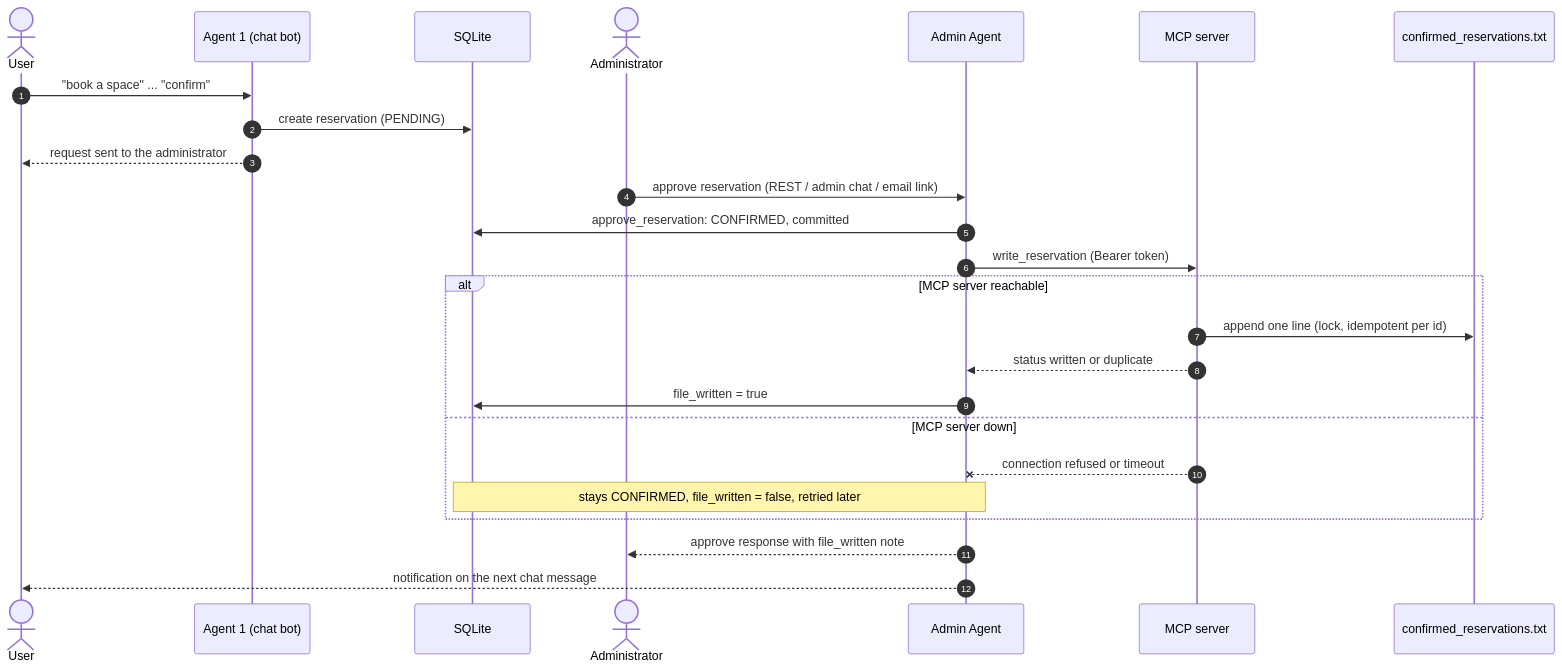
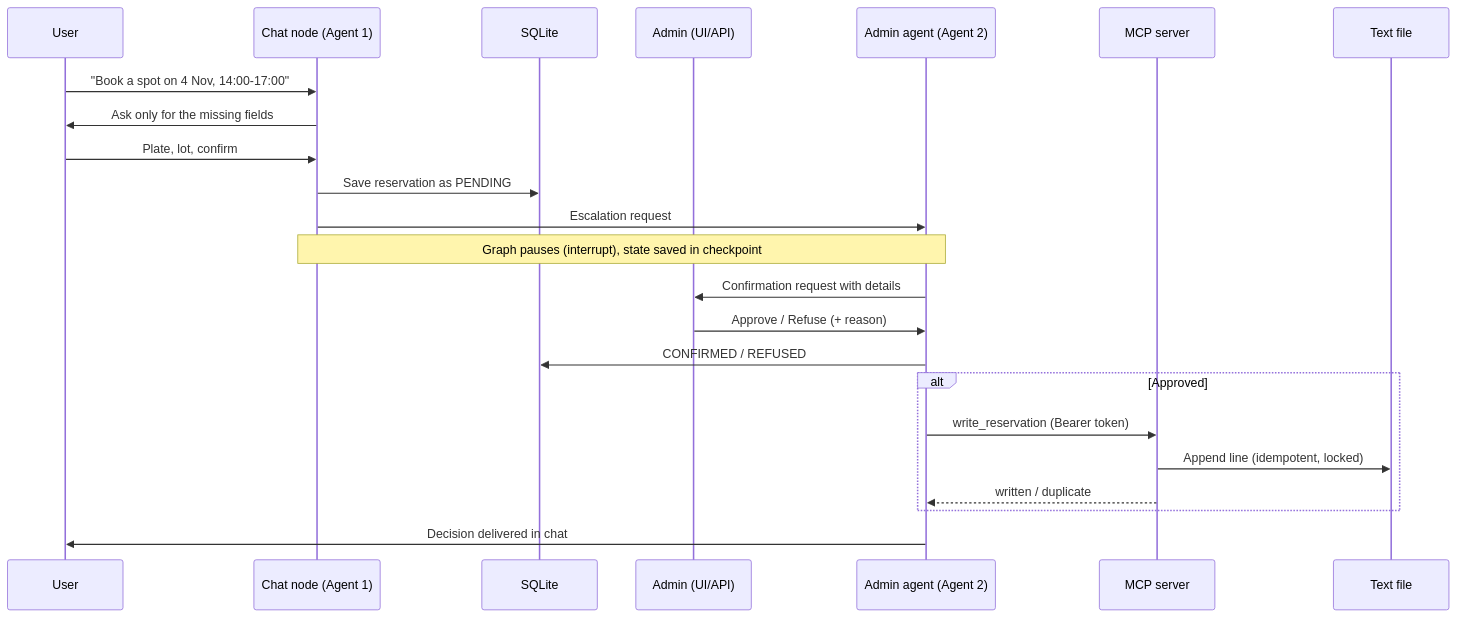
The second of 3 diagrams in README.md (jayaepamprsnl-design/Rag_Reservation_chatbot), drawn with Mermaid before and after one commit. The commit also changed other lines of this file and 13 other files, not shown here.

Commit message:
feat(stage4): orchestrate chat, admin approval and MCP recording with LangGraph

````diff
--- a/README.md
+++ b/README.md
@@ -106,28 +81,26 @@
 ```mermaid
 sequenceDiagram
-    autonumber
-    actor U as User
-    participant A1 as Agent 1 (chat bot)
+    participant User
+    participant Chat as Chat node (Agent 1)
     participant DB as SQLite
-    actor Adm as Administrator
-    participant A2 as Admin Agent
+    participant Admin as Admin (UI/API)
+    participant Agent2 as Admin agent (Agent 2)
     participant MCP as MCP server
-    participant F as confirmed_reservations.txt
+    participant File as Text file
 
-    U->>A1: "book a space" ... "confirm"
-    A1->>DB: create reservation (PENDING)
-    A1-->>U: request sent to the administrator
-    Adm->>A2: approve reservation (REST / admin chat / email link)
-    A2->>DB: approve_reservation: CONFIRMED, committed
-    A2->>MCP: write_reservation (Bearer token)
-    alt MCP server reachable
-        MCP->>F: append one line (lock, idempotent per id)
-        MCP-->>A2: status written or duplicate
-        A2->>DB: file_written = true
-    else MCP server down
-        MCP--xA2: connection refused or timeout
-        Note over A2,DB: stays CONFIRMED, file_written = false, retried later
+    User->>Chat: "Book a spot on 4 Nov, 14:00-17:00"
+    Chat->>User: Ask only for the missing fields
+    User->>Chat: Plate, lot, confirm
+    Chat->>DB: Save reservation as PENDING
+    Chat->>Agent2: Escalation request
+    Note over Chat,Agent2: Graph pauses (interrupt), state saved in checkpoint
+    Agent2->>Admin: Confirmation request with details
+    Admin->>Agent2: Approve / Refuse (+ reason)
+    Agent2->>DB: CONFIRMED / REFUSED
+    alt Approved
+        Agent2->>MCP: write_reservation (Bearer token)
+        MCP->>File: Append line (idempotent, locked)
+        MCP-->>Agent2: written / duplicate
     end
-    A2-->>Adm: approve response with file_written note
-    A2-->>U: notification on the next chat message
+    Agent2->>User: Decision delivered in chat
 ```
````
